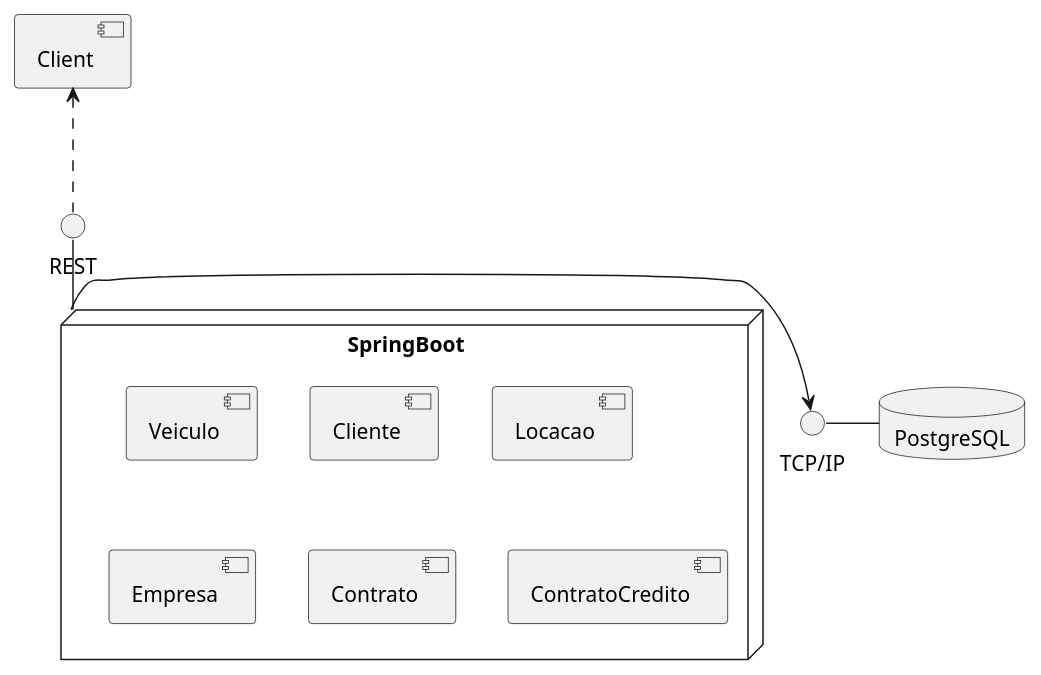
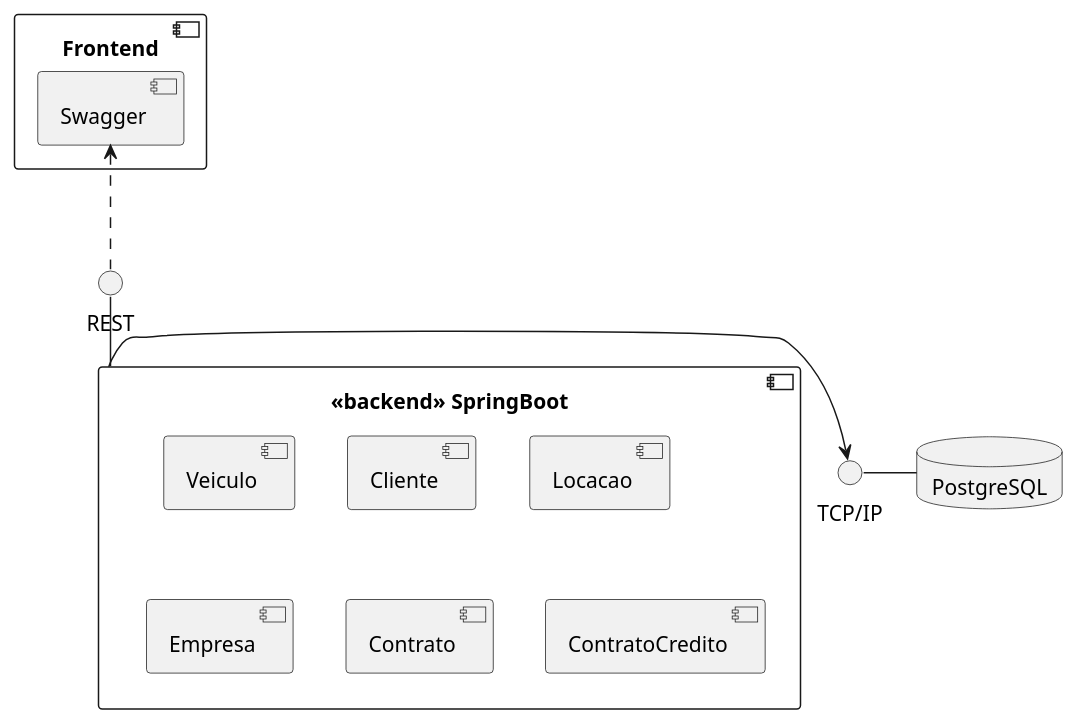
The diagram in project/code/componentsDiagram.puml (RafaMtF/LDS-Lab02), drawn with PlantUML before and after one commit.

```diff
--- a/project/code/componentsDiagram.puml
+++ b/project/code/componentsDiagram.puml
@@ -1,25 +1,27 @@
 @startuml
 interface "REST" as R1
+interface "TCP/IP" as T1
 
-[Client] <.. R1
+component "Frontend" {
+   component "Swagger" as SW
+}
 
-node "SpringBoot" as C1 {
+component "<<backend>> SpringBoot" as SB {
 [Veiculo]
 [Cliente]
 [Locacao]
 [Empresa]
 [Contrato]
 [ContratoCredito]
 }
 
-C1 -up- R1
-
-interface "TCP/IP" as T1
-
 database "PostgreSQL" as PG {
 }
 
+SB -up- R1
+SW <.. R1 
+
 T1 - PG
-C1 -right-> T1
+SB -right-> T1
 
 @enduml
```
